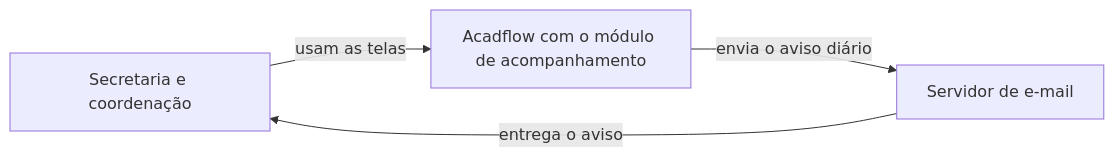
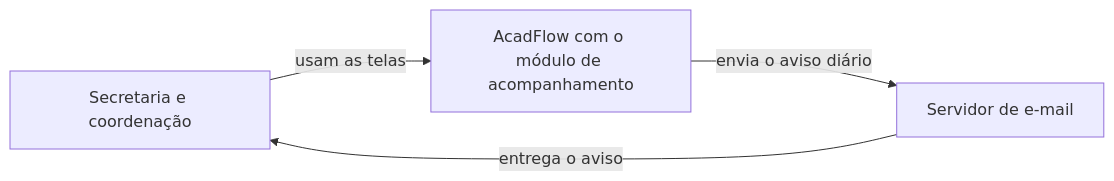
The first of 3 diagrams in docs/entrega-modulo-acompanhamento.md (ldhonorato/PPGEC_rec), drawn with Mermaid before and after one commit. The commit also changed other lines of this file and 3 other files, not shown here.

````diff
--- a/docs/entrega-modulo-acompanhamento.md
+++ b/docs/entrega-modulo-acompanhamento.md
@@ -43,10 +36,10 @@
 ```mermaid
 flowchart LR
     gestao["Secretaria e coordenação"]
-    acadflow["Acadflow com o módulo de acompanhamento"]
+    acadflow["AcadFlow com o módulo de acompanhamento"]
     email["Servidor de e-mail"]
 
     gestao -->|"usam as telas"| acadflow
     acadflow -->|"envia o aviso diário"| email
     email -->|"entrega o aviso"| gestao
 ```
````
